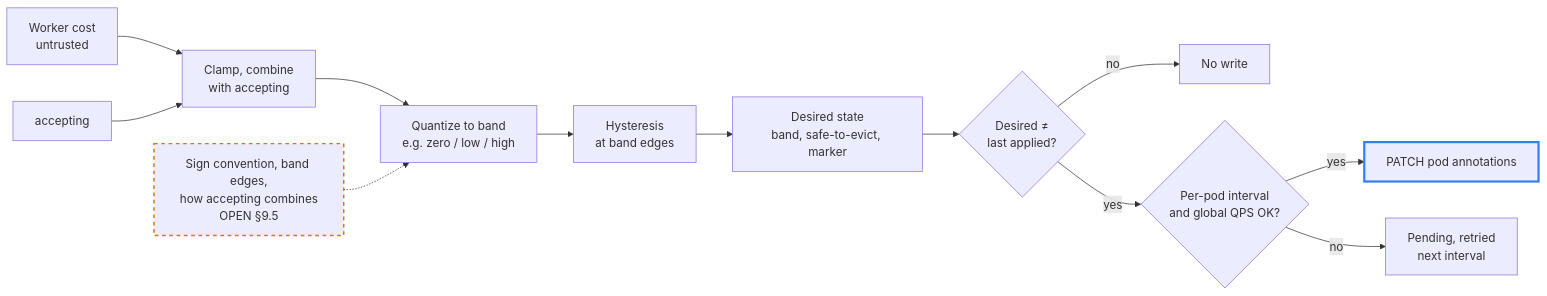
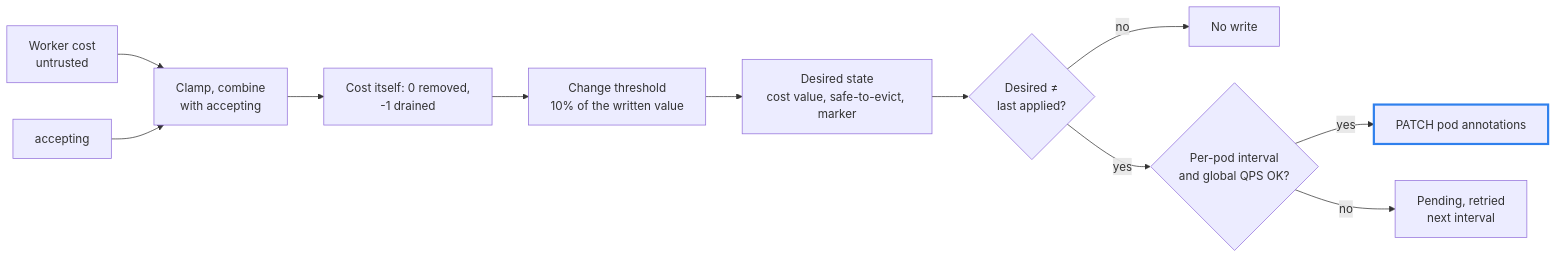
One commit to steven-cutting/knarr changed the seventh of 10 diagrams in docs/OVERVIEW.md. Above: the diagram before and after it, drawn with Mermaid. The commit also changed other lines of this file and 16 other files, not shown here.

````diff
--- a/docs/OVERVIEW.md
+++ b/docs/OVERVIEW.md
@@ -369,16 +369,14 @@
 ```mermaid
 flowchart LR
     C["Worker cost<br/>untrusted"] --> CL["Clamp, combine<br/>with accepting"]
     ACC[accepting] --> CL
-    CL --> B["Quantize to band<br/>e.g. zero / low / high"]
-    B --> H["Hysteresis<br/>at band edges"]
-    H --> DS["Desired state<br/>band, safe-to-evict, marker"]
+    CL --> B["Cost itself: 0 removed,<br/>-1 drained"]
+    B --> H["Change threshold<br/>10% of the written value"]
+    H --> DS["Desired state<br/>cost value, safe-to-evict, marker"]
     DS --> Q{"Desired ≠<br/>last applied?"}
     Q -- "no" --> NW[No write]
     Q -- "yes" --> RL{"Per-pod interval<br/>and global QPS OK?"}
     RL -- "yes" --> P[PATCH pod annotations]:::knarr
     RL -- "no" --> PEND["Pending, retried<br/>next interval"]
-    SC["Sign convention, band edges,<br/>how accepting combines<br/>OPEN §9.5"]:::open -.-> B
     classDef knarr stroke:#2f80ed,stroke-width:3px
-    classDef open stroke:#d97706,stroke-width:2px,stroke-dasharray:5 5
 ```
````
